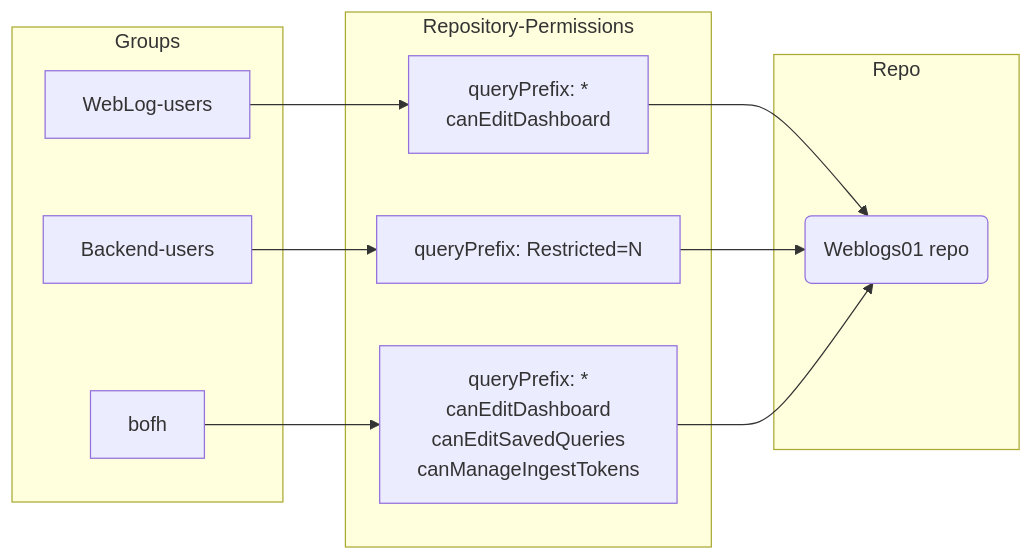
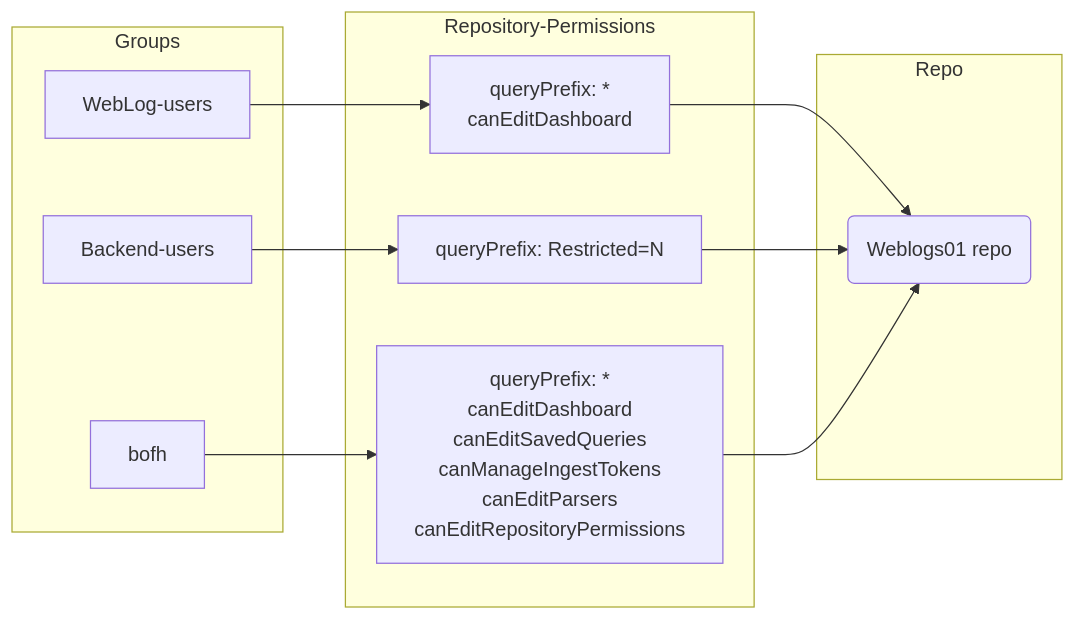
One commit to somedatapacket/docs.humio.com changed the second of 2 diagrams in content/configuration/authentication/role-based-auth.md. Above: the diagram before and after it, drawn with Mermaid. The commit also changed other lines of this file, not shown here.

```diff
--- a/content/configuration/authentication/role-based-auth.md
+++ b/content/configuration/authentication/role-based-auth.md
@@ -88,21 +88,21 @@
 {{<mermaid align="center">}}
 graph LR;
   subgraph Groups
     G1["WebLog-users"]
     G2["Backend-users"]
     G3["bofh"]
   end
   
   subgraph Repository-Permissions
     G1 --> P1["queryPrefix: *<br>canEditDashboard"]
     G2 --> P2["queryPrefix: Restricted=N"]
-    G3 --> P3["queryPrefix: *<br>canEditDashboard<br>canEditSavedQueries<br>canManageIngestTokens"]
+    G3 --> P3["queryPrefix: *<br>canEditDashboard<br>canEditSavedQueries<br>canManageIngestTokens<br>canEditParsers<br>canEditRepositoryPermissions"]
   end
 
   subgraph Repo
   P1 --> R1("Weblogs01 repo")
   P2 --> R1
   P3 --> R1
   end
 
 {{< /mermaid >}}
```
